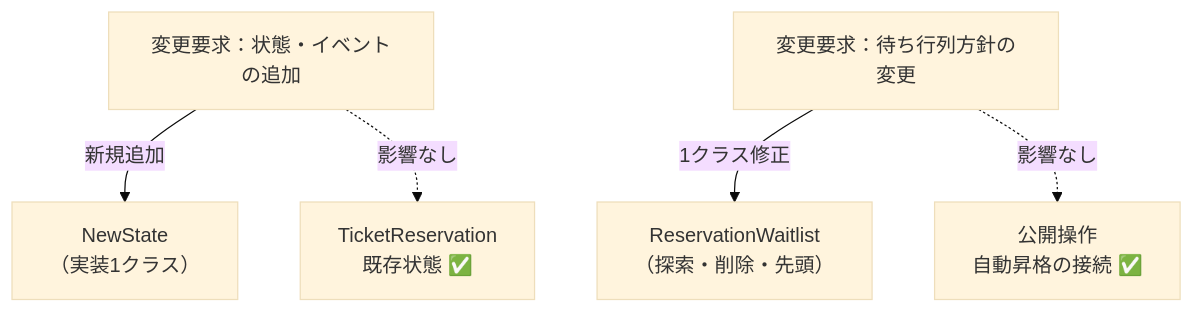
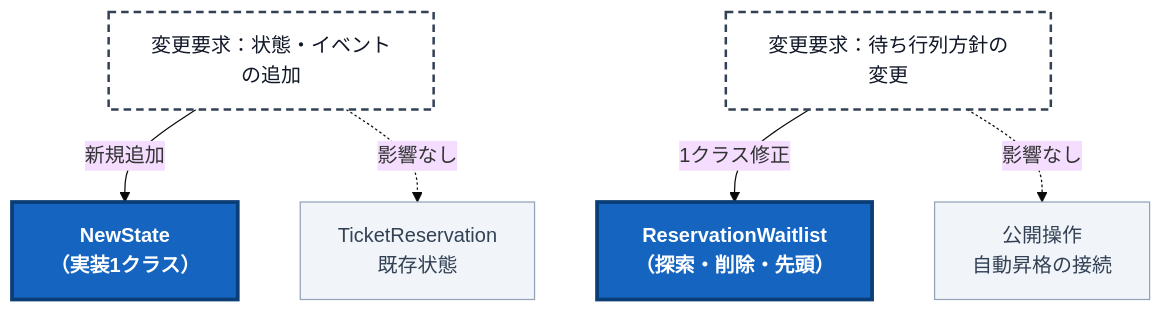
One commit to kumachan1101-pixel/DesignPattern changed diagram 15 of 18 in kindle/design-patterns/books/volume01-core-patterns/output/04-chapter02.md. Above: the diagram before and after it, drawn with Mermaid (base theme). The commit also changed other lines of this file and 19 other files, not shown here.

First line of the commit message:
図の変更箇所を色で示し、変更前後の対比の説明構造をそろえる

````diff
--- a/kindle/design-patterns/books/volume01-core-patterns/output/04-chapter02.md
+++ b/kindle/design-patterns/books/volume01-core-patterns/output/04-chapter02.md
@@ -2967,9 +2979,13 @@
 ```mermaid
 graph TD
-    T1["変更要求：状態・イベントの追加"]
-        -->|新規追加| N1["NewState<br>（実装1クラス）"]
-    T2["変更要求：待ち行列方針の変更"]
-        -->|1クラス修正| N2["ReservationWaitlist<br>（探索・削除・先頭）"]
-    T1 -. "影響なし" .-> A["TicketReservation<br>既存状態 ✅"]
-    T2 -. "影響なし" .-> B["公開操作<br>自動昇格の接続 ✅"]
+    T1["変更要求：状態・イベントの追加"]:::req
+        -->|新規追加| N1["NewState<br>（実装1クラス）"]:::changed
+    T2["変更要求：待ち行列方針の変更"]:::req
+        -->|1クラス修正| N2["ReservationWaitlist<br>（探索・削除・先頭）"]:::changed
+    T1 -. "影響なし" .-> A["TicketReservation<br>既存状態"]:::keep
+    T2 -. "影響なし" .-> B["公開操作<br>自動昇格の接続"]:::keep
+
+    classDef req fill:#ffffff,stroke:#334155,stroke-width:2px,stroke-dasharray:6 4,color:#111827;
+    classDef keep fill:#f1f5f9,stroke:#94a3b8,color:#334155;
+    classDef changed fill:#1565c0,stroke:#0b3d76,stroke-width:3px,color:#ffffff,font-weight:bold;
 ```
````
